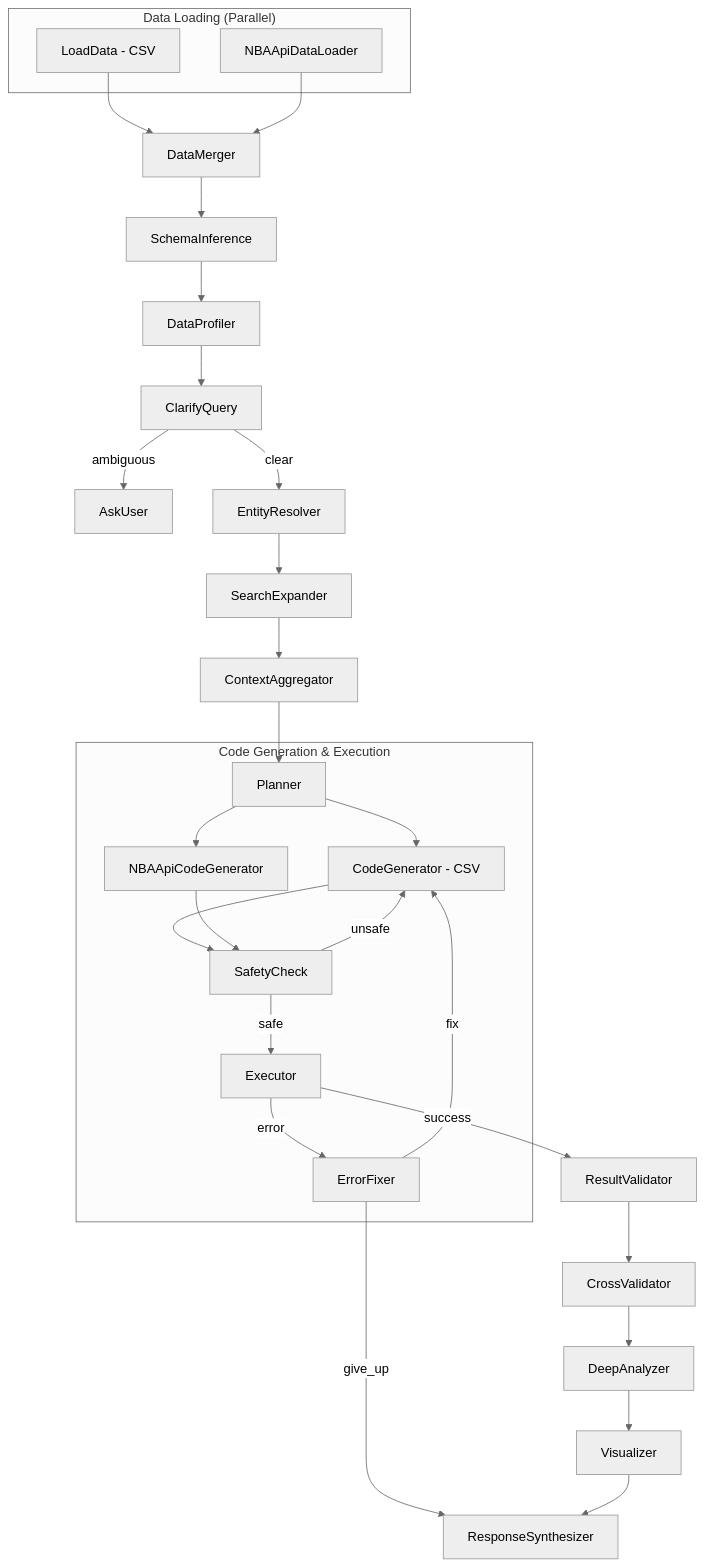
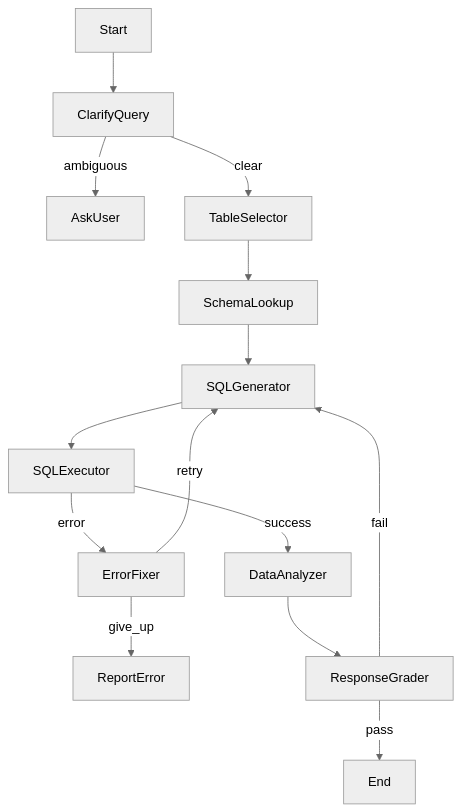
Before and after one commit to nickth3man/CSV_analyzer: the diagram in docs/design.md, drawn with Mermaid (neutral theme). The commit also changed other lines of this file, not shown here.

````diff
--- a/docs/design.md
+++ b/docs/design.md
@@ -177,41 +46,20 @@
 ```mermaid
 flowchart TD
-    subgraph DataLoading ["Data Loading (Parallel)"]
-        load[LoadData - CSV] 
-        nbaLoad[NBAApiDataLoader]
-    end
-    
-    merger[DataMerger]
-    load --> merger
-    nbaLoad --> merger
-    
-    merger --> schema[SchemaInference]
-    schema --> profiler[DataProfiler]
-    profiler --> clarify[ClarifyQuery]
-    
+    start[Start] --> clarify[ClarifyQuery]
     clarify -->|ambiguous| askUser[AskUser]
-    clarify -->|clear| entityRes[EntityResolver]
-    
-    entityRes --> searchExp[SearchExpander]
-    searchExp --> contextAgg[ContextAggregator]
-    contextAgg --> plan[Planner]
-    
-    subgraph Execution ["Code Generation & Execution"]
-        plan --> codeGen[CodeGenerator - CSV]
-        plan --> nbaCodeGen[NBAApiCodeGenerator]
-        codeGen --> safety[SafetyCheck]
-        nbaCodeGen --> safety
-        safety -->|unsafe| codeGen
-        safety -->|safe| executor[Executor]
-        executor -->|error| fixer[ErrorFixer]
-        fixer -->|fix| codeGen
-    end
-    
-    fixer -->|give_up| synthesizer[ResponseSynthesizer]
-    executor -->|success| validator[ResultValidator]
-    
-    validator --> crossVal[CrossValidator]
-    crossVal --> deepAnalyzer[DeepAnalyzer]
-    deepAnalyzer --> viz[Visualizer]
-    viz --> synthesizer[ResponseSynthesizer]
+    clarify -->|clear| selector[TableSelector]
+
+    selector --> schema[SchemaLookup]
+    schema --> sqlGen[SQLGenerator]
+    sqlGen --> sqlExec[SQLExecutor]
+
+    sqlExec -->|error| fixer[ErrorFixer]
+    fixer -->|retry| sqlGen
+    fixer -->|give_up| fail[ReportError]
+
+    sqlExec -->|success| analyzer[DataAnalyzer]
+    analyzer --> grader[ResponseGrader]
+
+    grader -->|pass| endNode[End]
+    grader -->|fail| sqlGen
 ```
````
